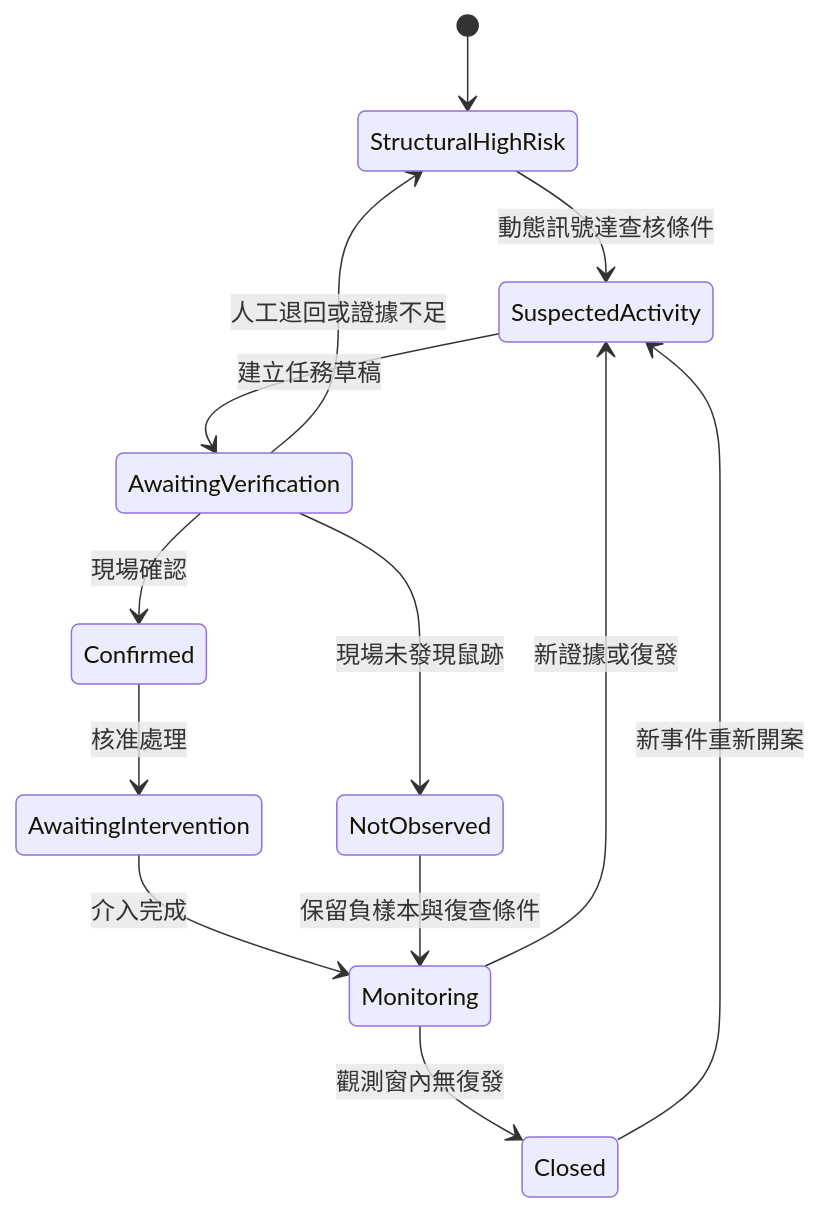
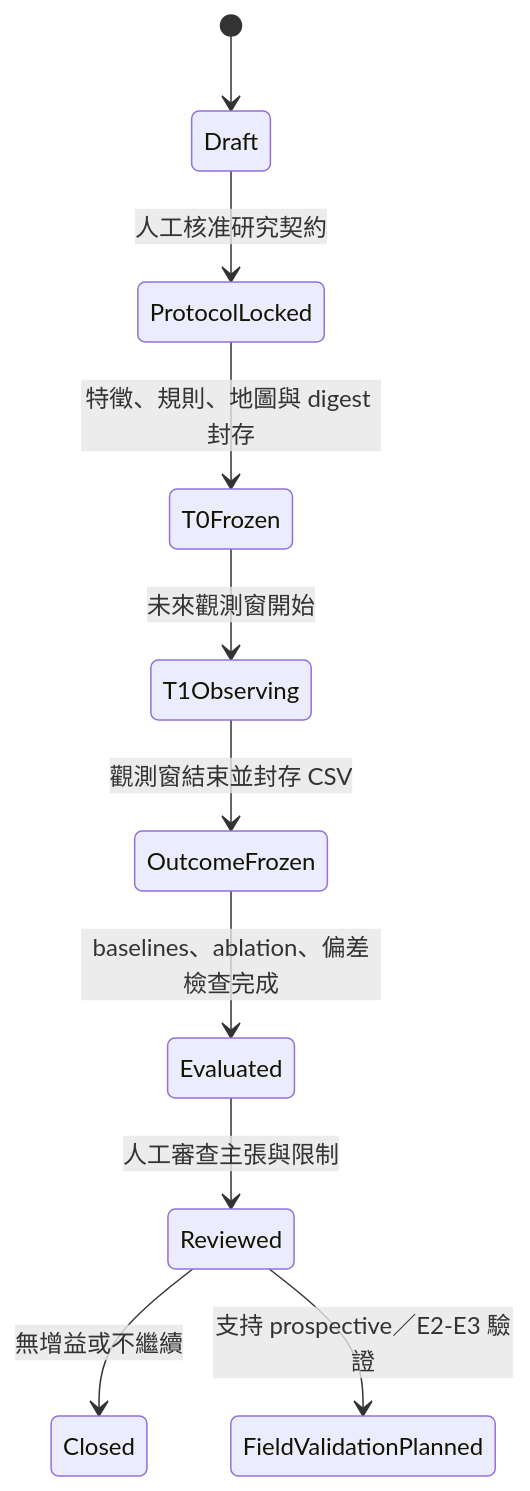
Before and after one commit to Subterrat/subterrat: the second of 2 diagrams in docs/HARNESS_ARCHITECTURE.md, drawn with Mermaid. The commit also changed other lines of this file and 1 other file, not shown here.

````diff
--- a/docs/HARNESS_ARCHITECTURE.md
+++ b/docs/HARNESS_ARCHITECTURE.md
@@ -226,15 +263,12 @@
 ```mermaid
 stateDiagram-v2
-    [*] --> StructuralHighRisk
-    StructuralHighRisk --> SuspectedActivity: 動態訊號達查核條件
-    SuspectedActivity --> AwaitingVerification: 建立任務草稿
-    AwaitingVerification --> StructuralHighRisk: 人工退回或證據不足
-    AwaitingVerification --> Confirmed: 現場確認
-    AwaitingVerification --> NotObserved: 現場未發現鼠跡
-    Confirmed --> AwaitingIntervention: 核准處理
-    AwaitingIntervention --> Monitoring: 介入完成
-    NotObserved --> Monitoring: 保留負樣本與復查條件
-    Monitoring --> Closed: 觀測窗內無復發
-    Monitoring --> SuspectedActivity: 新證據或復發
-    Closed --> SuspectedActivity: 新事件重新開案
+    [*] --> Draft
+    Draft --> ProtocolLocked: 人工核准研究契約
+    ProtocolLocked --> T0Frozen: 特徵、規則、地圖與 digest 封存
+    T0Frozen --> T1Observing: 未來觀測窗開始
+    T1Observing --> OutcomeFrozen: 觀測窗結束並封存 CSV
+    OutcomeFrozen --> Evaluated: baselines、ablation、偏差檢查完成
+    Evaluated --> Reviewed: 人工審查主張與限制
+    Reviewed --> Closed: 無增益或不繼續
+    Reviewed --> FieldValidationPlanned: 支持 prospective／E2-E3 驗證
 ```
````
